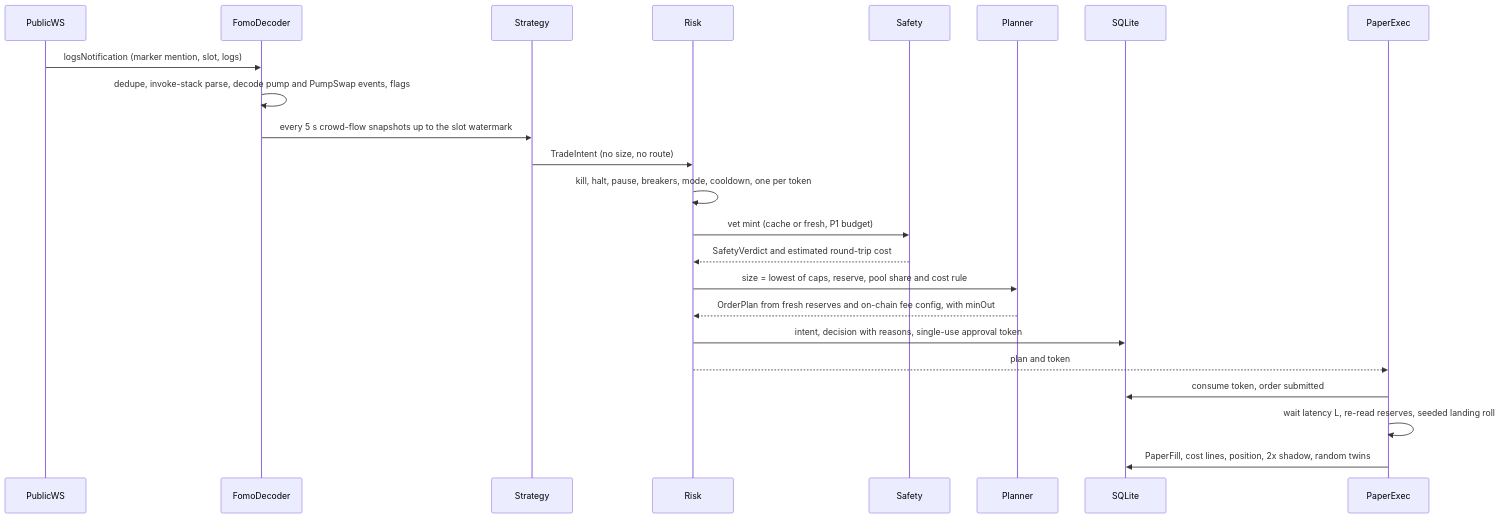
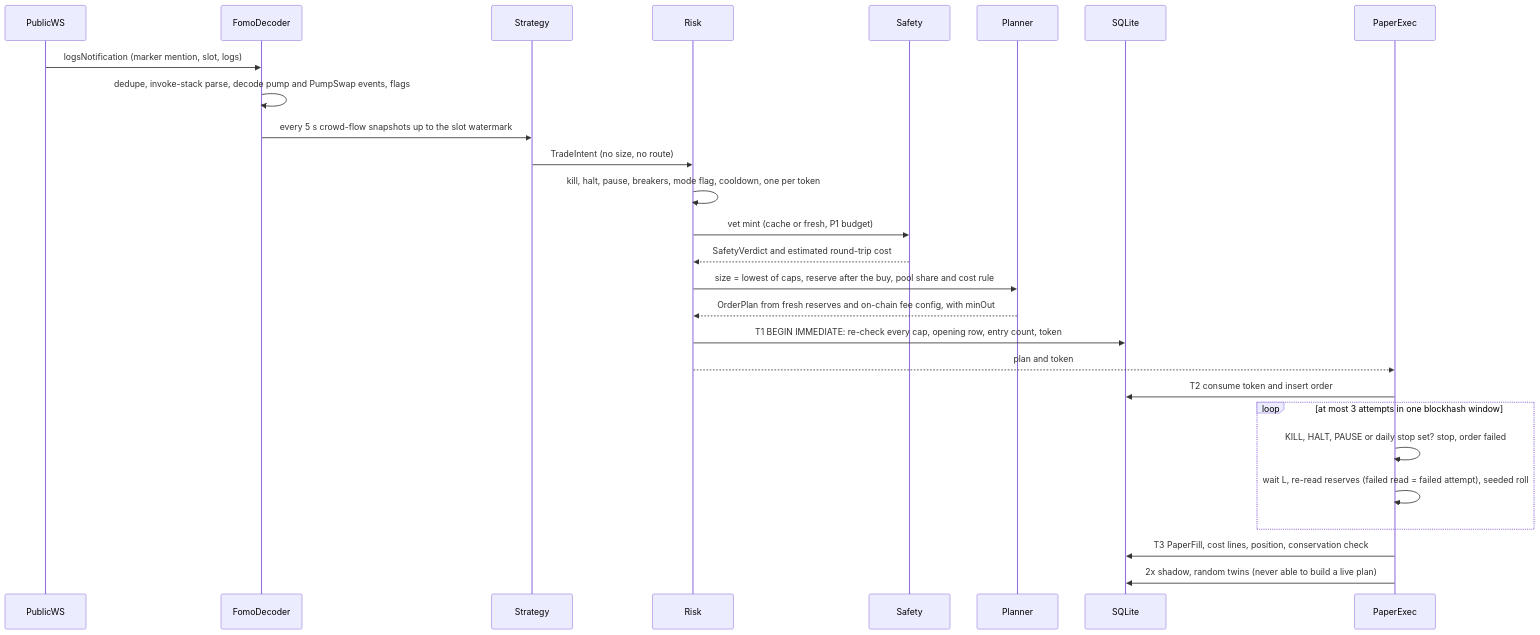
Before and after one commit to pishtarhsamuel/samsulek: the first of 6 diagrams in fomo-bot/docs/ARCHITECTURE.md, drawn with Mermaid. The commit also changed other lines of this file and 3 other files, not shown here.

````diff
--- a/fomo-bot/docs/ARCHITECTURE.md
+++ b/fomo-bot/docs/ARCHITECTURE.md
@@ -159,17 +189,21 @@
 ```mermaid
 sequenceDiagram
   PublicWS->>FomoDecoder: logsNotification (marker mention, slot, logs)
   FomoDecoder->>FomoDecoder: dedupe, invoke-stack parse, decode pump and PumpSwap events, flags
   FomoDecoder->>Strategy: every 5 s crowd-flow snapshots up to the slot watermark
   Strategy->>Risk: TradeIntent (no size, no route)
-  Risk->>Risk: kill, halt, pause, breakers, mode, cooldown, one per token
+  Risk->>Risk: kill, halt, pause, breakers, mode flag, cooldown, one per token
   Risk->>Safety: vet mint (cache or fresh, P1 budget)
   Safety-->>Risk: SafetyVerdict and estimated round-trip cost
-  Risk->>Planner: size = lowest of caps, reserve, pool share and cost rule
+  Risk->>Planner: size = lowest of caps, reserve after the buy, pool share and cost rule
   Planner-->>Risk: OrderPlan from fresh reserves and on-chain fee config, with minOut
-  Risk->>SQLite: intent, decision with reasons, single-use approval token
+  Risk->>SQLite: T1 BEGIN IMMEDIATE: re-check every cap, opening row, entry count, token
   Risk-->>PaperExec: plan and token
-  PaperExec->>SQLite: consume token, order submitted
-  PaperExec->>PaperExec: wait latency L, re-read reserves, seeded landing roll
-  PaperExec->>SQLite: PaperFill, cost lines, position, 2x shadow, random twins
+  PaperExec->>SQLite: T2 consume token and insert order
+  loop at most 3 attempts in one blockhash window
+    PaperExec->>PaperExec: KILL, HALT, PAUSE or daily stop set? stop, order failed
+    PaperExec->>PaperExec: wait L, re-read reserves (failed read = failed attempt), seeded roll
+  end
+  PaperExec->>SQLite: T3 PaperFill, cost lines, position, conservation check
+  PaperExec->>SQLite: 2x shadow, random twins (never able to build a live plan)
 ```
````
